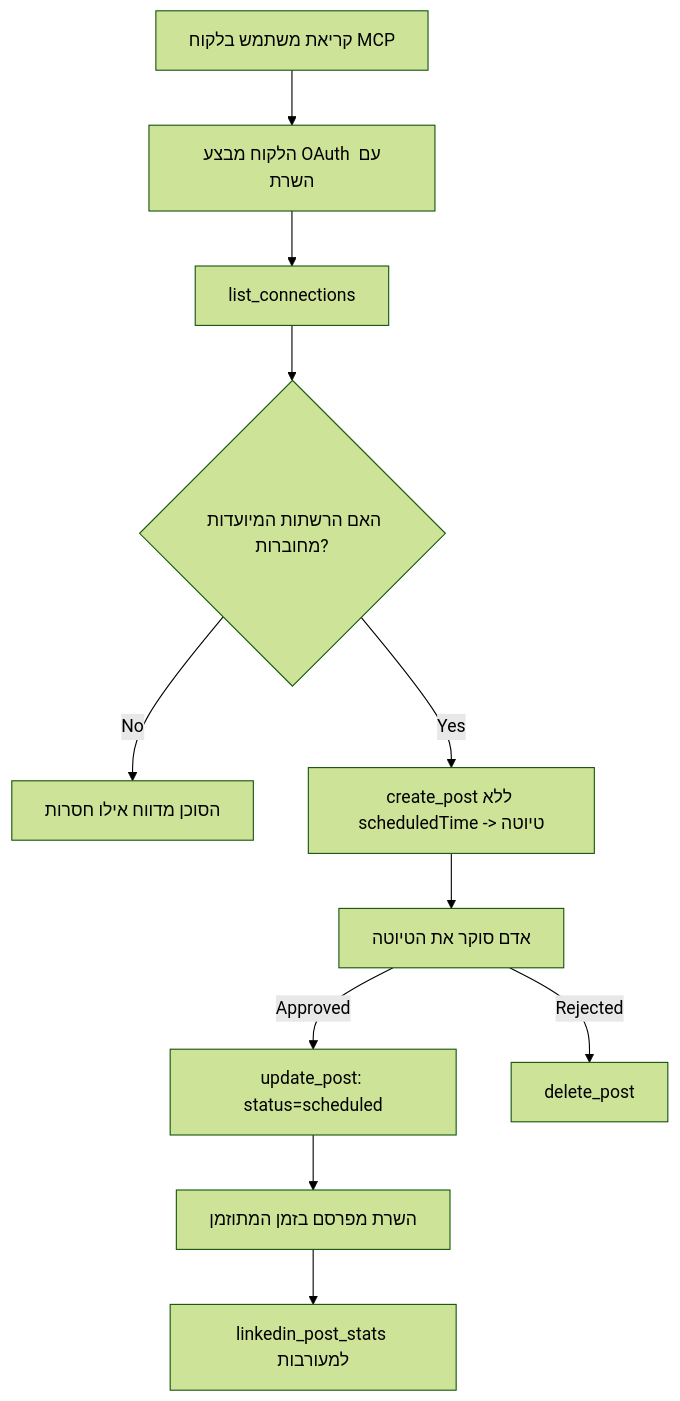
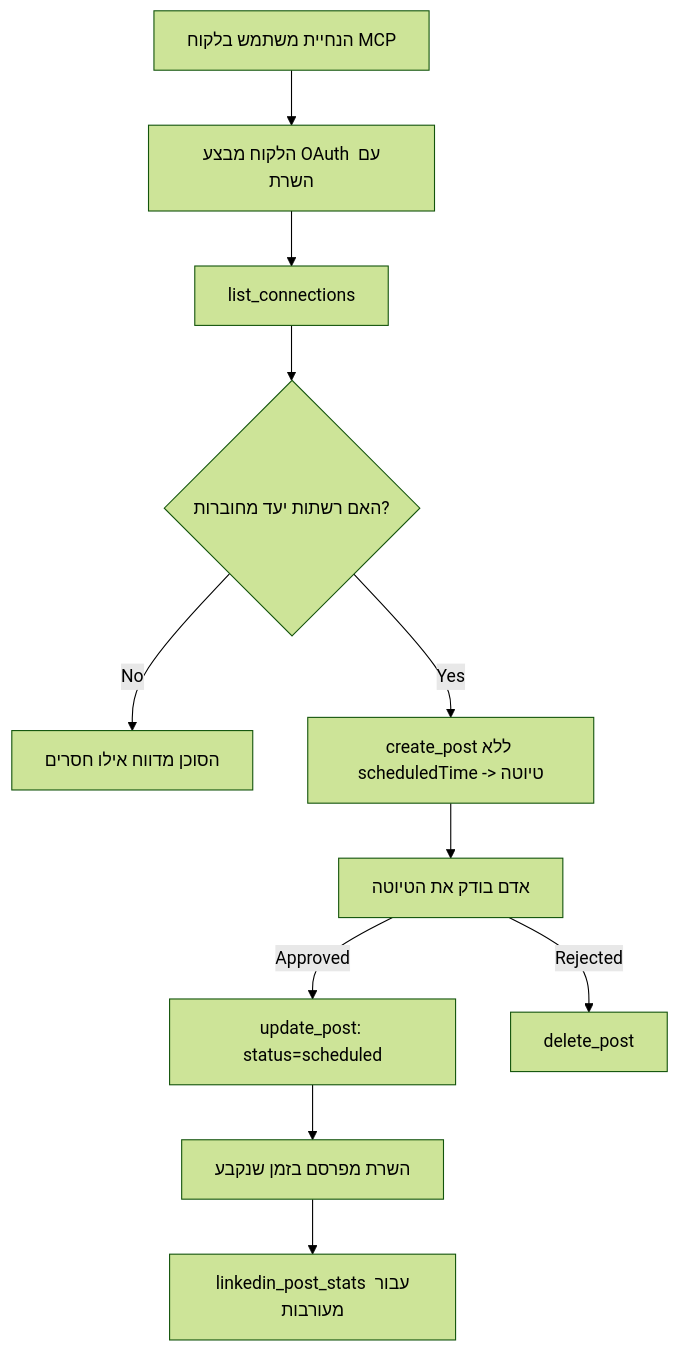
Before and after one commit to microsoft/mcp-for-beginners: the diagram in translations/he/09-CaseStudy/publora-social-publishing.md, drawn with Mermaid (forest theme). The commit also changed other lines of this file and 139 other files, not shown here.

````diff
--- a/translations/he/09-CaseStudy/publora-social-publishing.md
+++ b/translations/he/09-CaseStudy/publora-social-publishing.md
@@ -47,13 +47,13 @@
 ```mermaid
 flowchart TD
-    A[קריאת משתמש בלקוח MCP] --> B[הלקוח מבצע OAuth עם השרת]
+    A[הנחיית משתמש בלקוח MCP] --> B[הלקוח מבצע OAuth עם השרת]
     B --> C[list_connections]
-    C --> D{האם הרשתות המיועדות מחוברות?}
-    D -- No --> E[הסוכן מדווח אילו חסרות]
+    C --> D{האם רשתות יעד מחוברות?}
+    D -- No --> E[הסוכן מדווח אילו חסרים]
     D -- Yes --> F[create_post ללא scheduledTime -> טיוטה]
-    F --> G[אדם סוקר את הטיוטה]
+    F --> G[אדם בודק את הטיוטה]
     G -- Approved --> H[update_post: status=scheduled]
     G -- Rejected --> I[delete_post]
-    H --> J[השרת מפרסם בזמן המתוזמן]
-    J --> K[linkedin_post_stats למעורבות]
+    H --> J[השרת מפרסם בזמן שנקבע]
+    J --> K[linkedin_post_stats עבור מעורבות]
 ```
````
